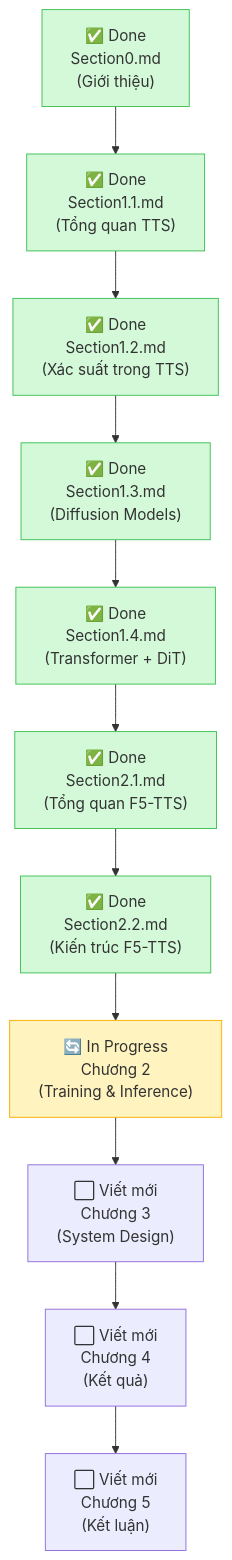
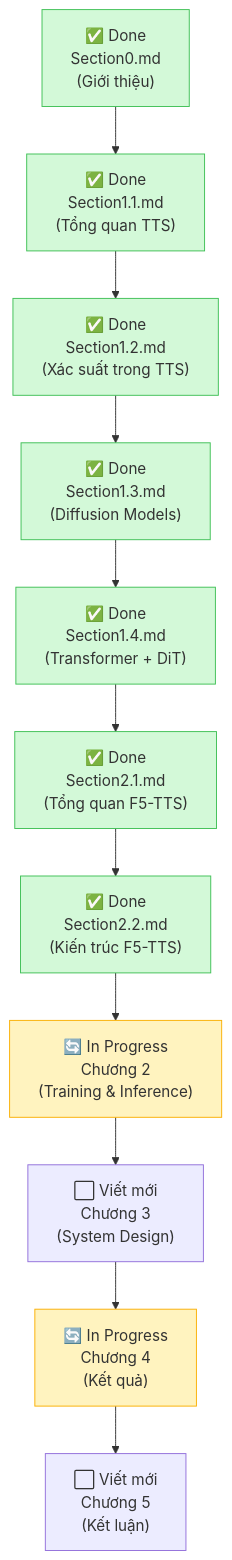
One commit to HNgocThien/ViTTS changed the diagram in docs/indexed.md. Above: the diagram before and after it, drawn with Mermaid. The commit also changed other lines of this file and 13 other files, not shown here.

````diff
--- a/docs/indexed.md
+++ b/docs/indexed.md
@@ -127,22 +128,23 @@
 ```mermaid
 flowchart TD
     A["✅ Done\nSection0.md\n(Giới thiệu)"] --> B1["✅ Done\nSection1.1.md\n(Tổng quan TTS)"]
     B1 --> B["✅ Done\nSection1.2.md\n(Xác suất trong TTS)"]
     B --> C["✅ Done\nSection1.3.md\n(Diffusion Models)"]
     C --> D["✅ Done\nSection1.4.md\n(Transformer + DiT)"]
     D --> E1["✅ Done\nSection2.1.md\n(Tổng quan F5-TTS)"]
     E1 --> E2["✅ Done\nSection2.2.md\n(Kiến trúc F5-TTS)"]
     E2 --> F["🔄 In Progress\nChương 2\n(Training & Inference)"]
     F --> G["⬜ Viết mới\nChương 3\n(System Design)"]
-    G --> H["⬜ Viết mới\nChương 4\n(Kết quả)"]
+    G --> H["🔄 In Progress\nChương 4\n(Kết quả)"]
     H --> I["⬜ Viết mới\nChương 5\n(Kết luận)"]
 
     style A fill:#d3f9d8,stroke:#40c057
     style B1 fill:#d3f9d8,stroke:#40c057
     style B fill:#d3f9d8,stroke:#40c057
     style C fill:#d3f9d8,stroke:#40c057
     style D fill:#d3f9d8,stroke:#40c057
     style E1 fill:#d3f9d8,stroke:#40c057
     style E2 fill:#d3f9d8,stroke:#40c057
     style F fill:#fff3bf,stroke:#fab005
+    style H fill:#fff3bf,stroke:#fab005
 ```
````
